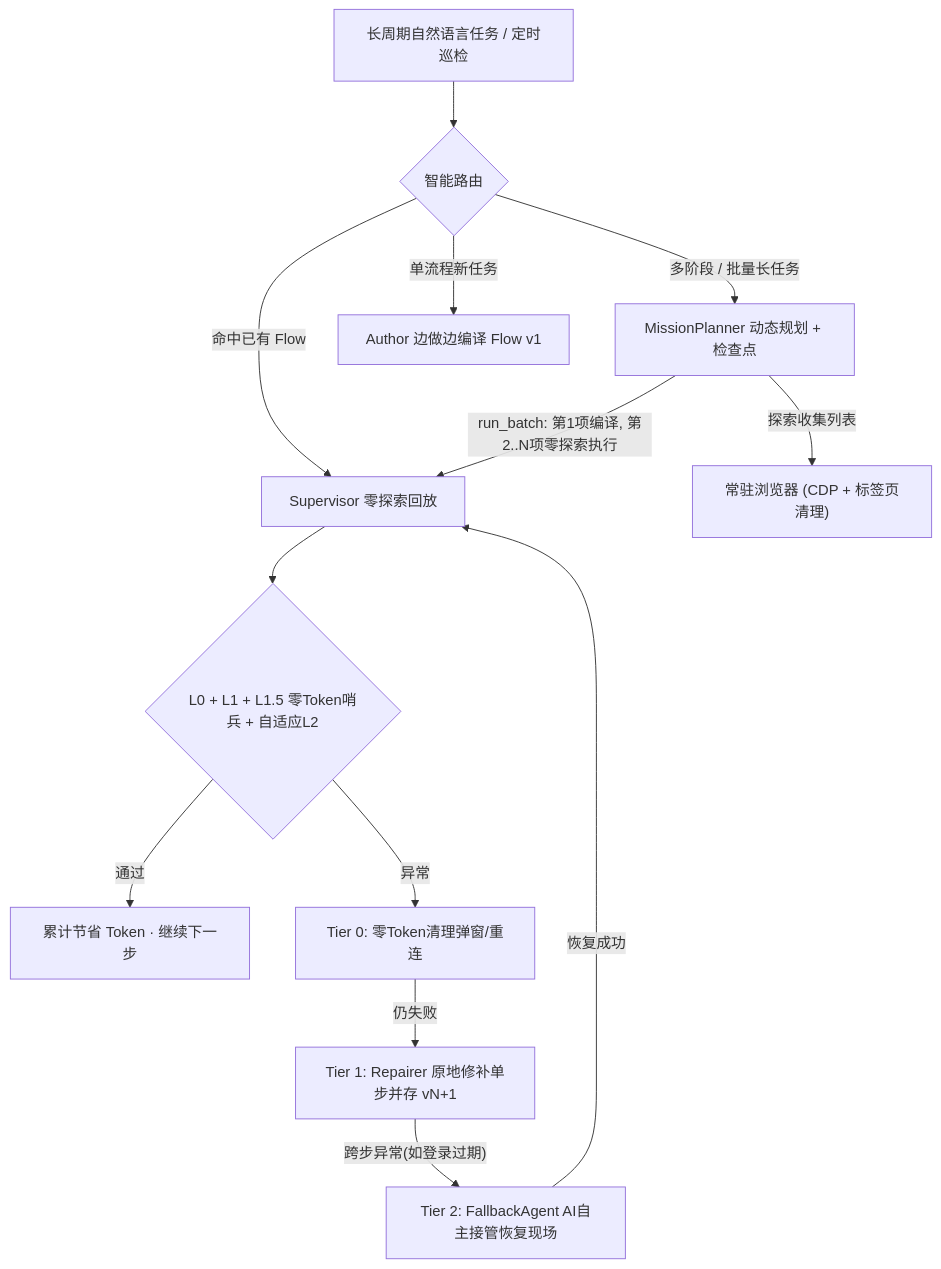
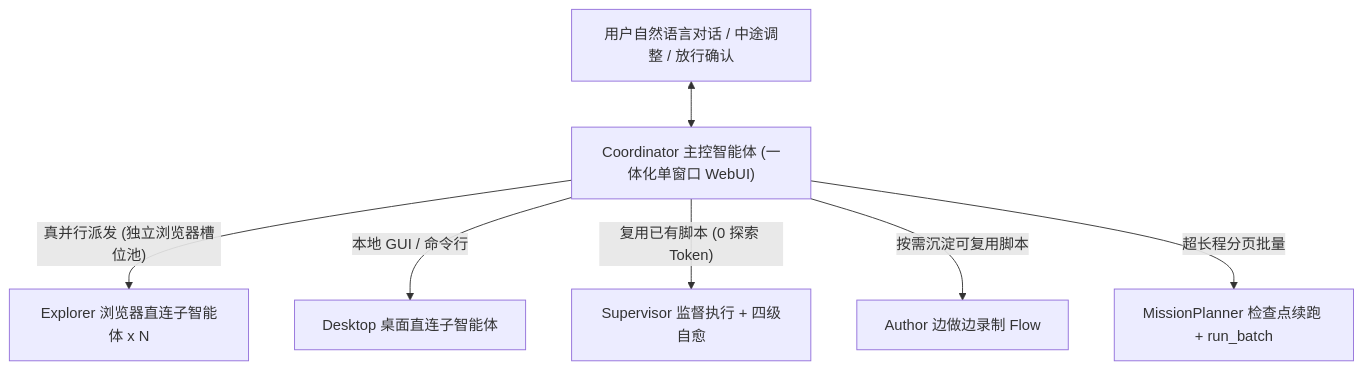
Before and after one commit to yyy8080/cuaflow: the diagram in README.md, drawn with Mermaid. The commit also changed other lines of this file and 38 other files, not shown here.

````diff
--- a/README.md
+++ b/README.md
@@ -16,15 +20,9 @@
 ```mermaid
 flowchart TD
-  U["长周期自然语言任务 / 定时巡检"] --> RT{"智能路由"}
-  RT -- "命中已有 Flow" --> SUP["Supervisor 零探索回放"]
-  RT -- "多阶段 / 批量长任务" --> MP["MissionPlanner 动态规划 + 检查点"]
-  RT -- "单流程新任务" --> AU["Author 边做边编译 Flow v1"]
-  MP -- "探索收集列表" --> BR["常驻浏览器 (CDP + 标签页清理)"]
-  MP -- "run_batch: 第1项编译, 第2..N项零探索执行" --> SUP
-  SUP --> CHK{"L0 + L1 + L1.5 零Token哨兵 + 自适应L2"}
-  CHK -- "通过" --> SAVE_TOK["累计节省 Token · 继续下一步"]
-  CHK -- "异常" --> T0["Tier 0: 零Token清理弹窗/重连"]
-  T0 -- "仍失败" --> T1["Tier 1: Repairer 原地修补单步并存 vN+1"]
-  T1 -- "跨步异常(如登录过期)" --> T2["Tier 2: FallbackAgent AI自主接管恢复现场"]
-  T2 -- "恢复成功" --> SUP
+  U["用户自然语言对话 / 中途调整 / 放行确认"] <--> COORD["Coordinator 主控智能体 (一体化单窗口 WebUI)"]
+  COORD -- "真并行派发 (独立浏览器槽位池)" --> EXP["Explorer 浏览器直连子智能体 x N"]
+  COORD -- "本地 GUI / 命令行" --> DSK["Desktop 桌面直连子智能体"]
+  COORD -- "复用已有脚本 (0 探索 Token)" --> SUP["Supervisor 监督执行 + 四级自愈"]
+  COORD -- "按需沉淀可复用脚本" --> AU["Author 边做边录制 Flow"]
+  COORD -- "超长程分页批量" --> MP["MissionPlanner 检查点续跑 + run_batch"]
 ```
````
